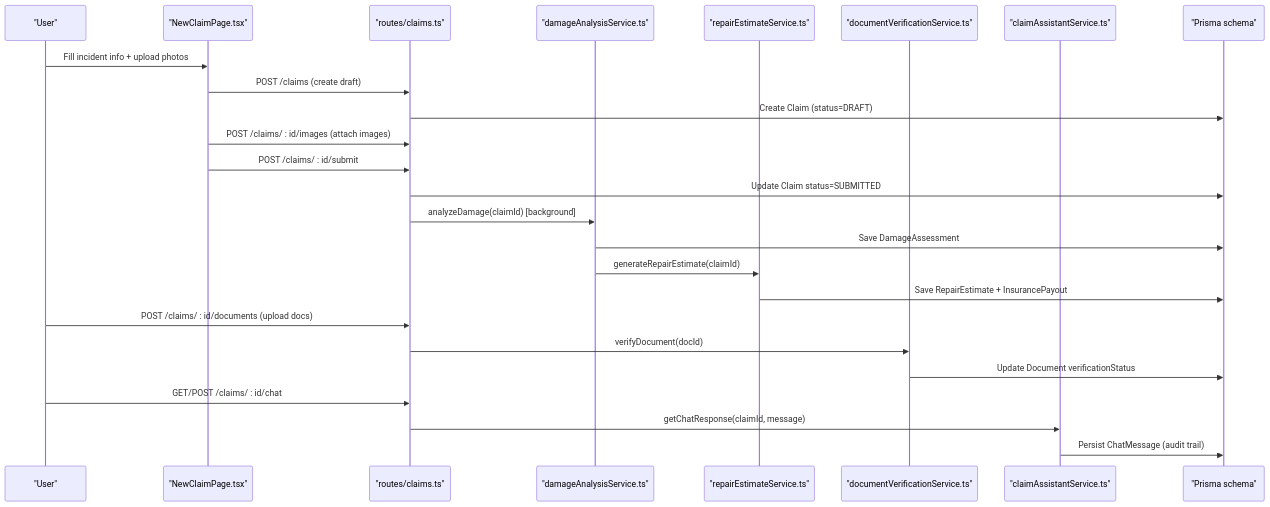
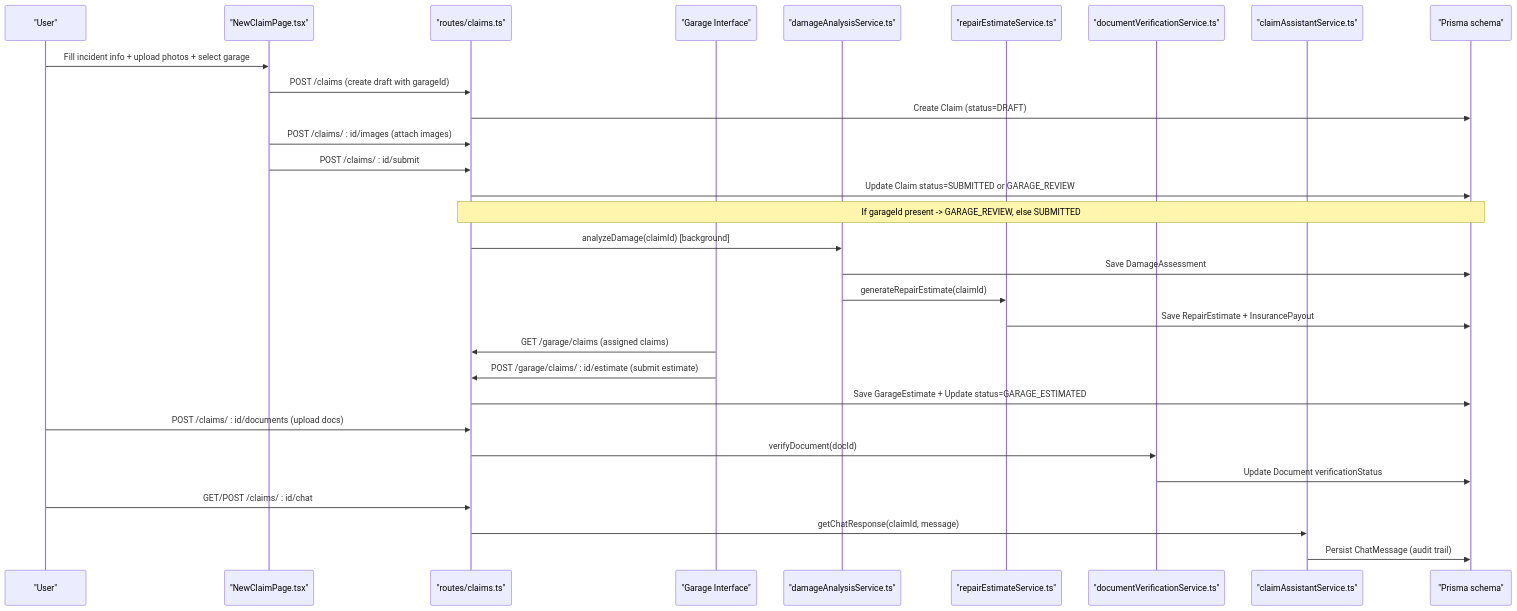
Before and after one commit to NaveenHiranya/Smart-Vehicle-Insurance-Claim-System: the second of 12 diagrams in .qoder/repowiki/en/content/Business Logic Layer/Claims Processing Workflow.md, drawn with Mermaid. The commit also changed other lines of this file and 87 other files, not shown here.

````diff
--- a/.qoder/repowiki/en/content/Business Logic Layer/Claims Processing Workflow.md
+++ b/.qoder/repowiki/en/content/Business Logic Layer/Claims Processing Workflow.md
@@ -93,27 +128,32 @@
 ```mermaid
 sequenceDiagram
 participant User as "User"
 participant FE as "NewClaimPage.tsx"
 participant API as "routes/claims.ts"
+participant Garage as "Garage Interface"
 participant DAM as "damageAnalysisService.ts"
 participant EST as "repairEstimateService.ts"
 participant DOC as "documentVerificationService.ts"
 participant ASS as "claimAssistantService.ts"
 participant DB as "Prisma schema"
-User->>FE : Fill incident info + upload photos
-FE->>API : POST /claims (create draft)
+User->>FE : Fill incident info + upload photos + select garage
+FE->>API : POST /claims (create draft with garageId)
 API->>DB : Create Claim (status=DRAFT)
 FE->>API : POST /claims/ : id/images (attach images)
 FE->>API : POST /claims/ : id/submit
-API->>DB : Update Claim status=SUBMITTED
+API->>DB : Update Claim status=SUBMITTED or GARAGE_REVIEW
+Note over API,DB : If garageId present -> GARAGE_REVIEW, else SUBMITTED
 API->>DAM : analyzeDamage(claimId) [background]
 DAM->>DB : Save DamageAssessment
 DAM->>EST : generateRepairEstimate(claimId)
 EST->>DB : Save RepairEstimate + InsurancePayout
+Garage->>API : GET /garage/claims (assigned claims)
+Garage->>API : POST /garage/claims/ : id/estimate (submit estimate)
+API->>DB : Save GarageEstimate + Update status=GARAGE_ESTIMATED
 User->>API : POST /claims/ : id/documents (upload docs)
 API->>DOC : verifyDocument(docId)
 DOC->>DB : Update Document verificationStatus
 User->>API : GET/POST /claims/ : id/chat
 API->>ASS : getChatResponse(claimId, message)
 ASS->>DB : Persist ChatMessage (audit trail)
 ```
````
